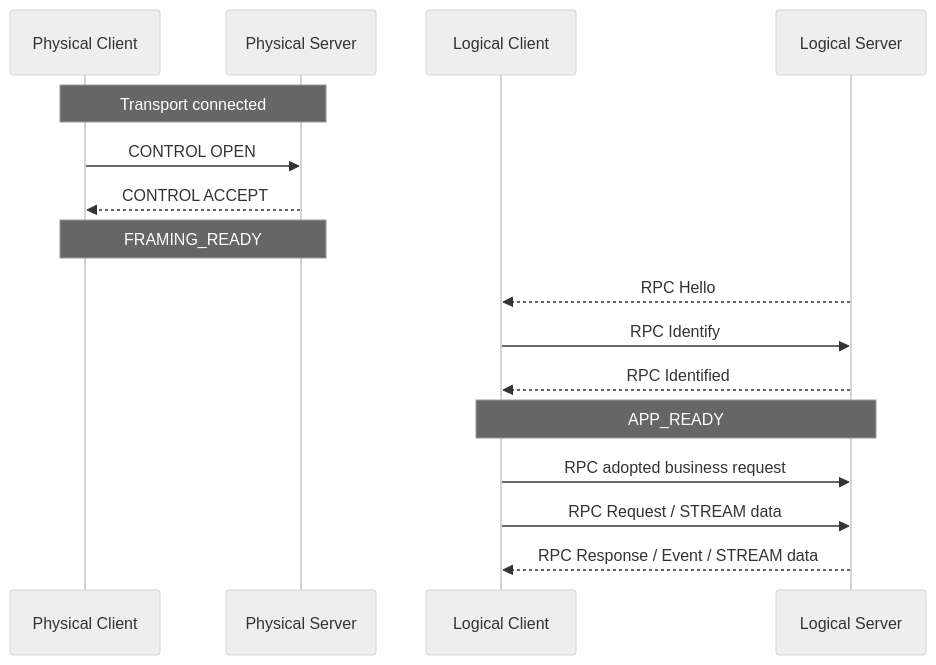
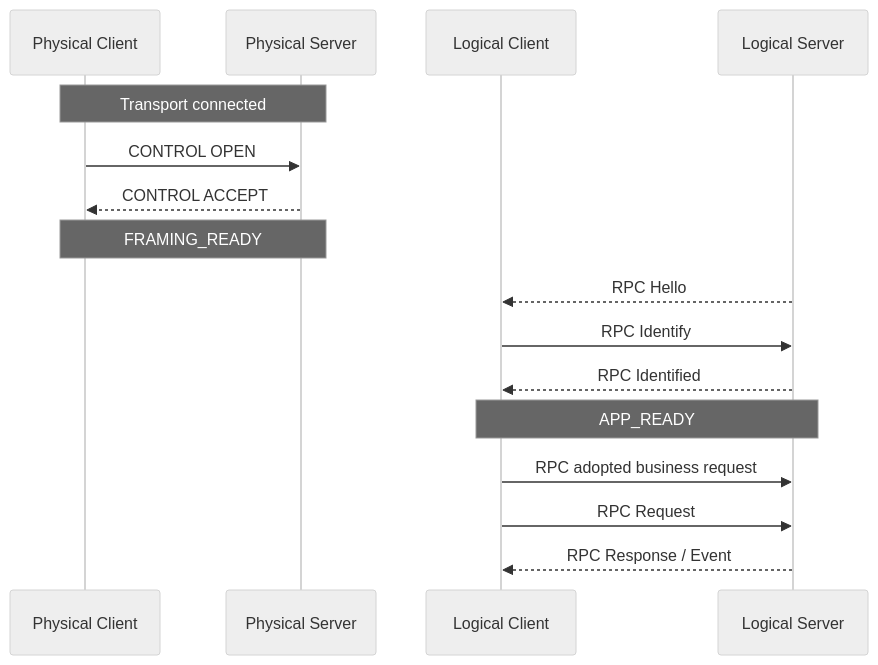
The first of 3 diagrams in docs/specs/1-core/04-Transport-Profiles.md (Liar0320/axtp), drawn with Mermaid (neutral theme) before and after one commit. The commit also changed other lines of this file and 57 other files, not shown here.

Commit message:
docs: align phase 1 stream data plane

````diff
--- a/docs/specs/1-core/04-Transport-Profiles.md
+++ b/docs/specs/1-core/04-Transport-Profiles.md
@@ -85,19 +85,19 @@
 ```mermaid
 sequenceDiagram
     participant PC as Physical Client
     participant PS as Physical Server
     participant LC as Logical Client
     participant LS as Logical Server
 
     Note over PC,PS: Transport connected
     PC->>PS: CONTROL OPEN
     PS-->>PC: CONTROL ACCEPT
     Note over PC,PS: FRAMING_READY
     LS-->>LC: RPC Hello
     LC->>LS: RPC Identify
     LS-->>LC: RPC Identified
     Note over LC,LS: APP_READY
     LC->>LS: RPC adopted business request
-    LC->>LS: RPC Request / STREAM data
-    LS-->>LC: RPC Response / Event / STREAM data
+    LC->>LS: RPC Request
+    LS-->>LC: RPC Response / Event
 ```
````
